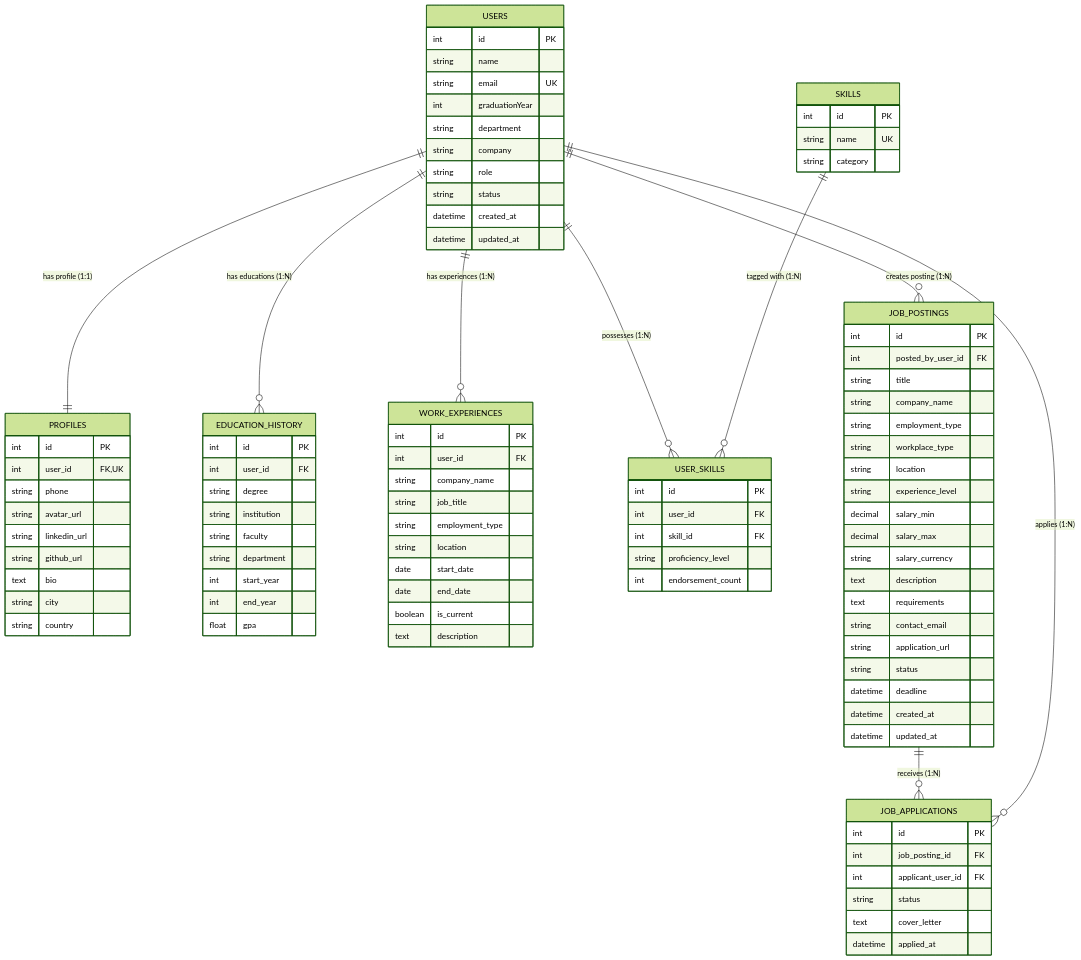
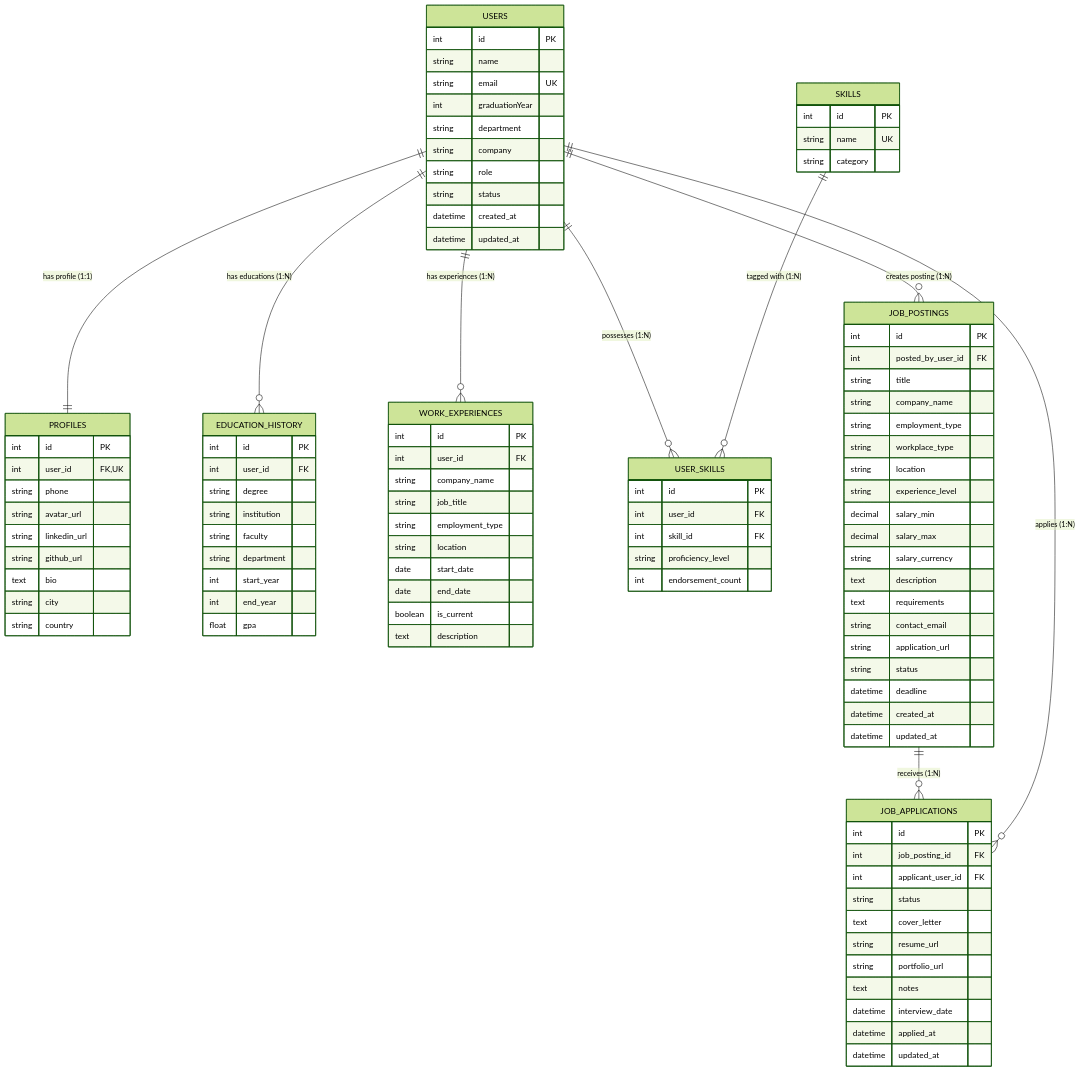
The diagram in ddd.md (tegmenbugo/alumni), drawn with Mermaid (forest theme) before and after one commit. The commit also changed other lines of this file and 13 other files, not shown here.

````diff
--- a/ddd.md
+++ b/ddd.md
@@ -153,6 +153,11 @@
         int applicant_user_id FK
         string status
         text cover_letter
+        string resume_url
+        string portfolio_url
+        text notes
+        datetime interview_date
         datetime applied_at
+        datetime updated_at
     }
 ```
````
